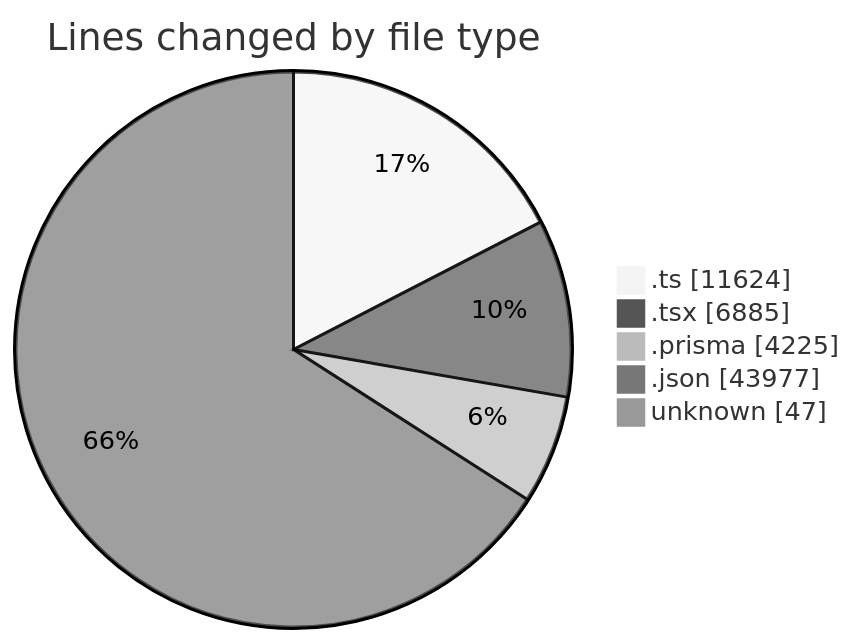
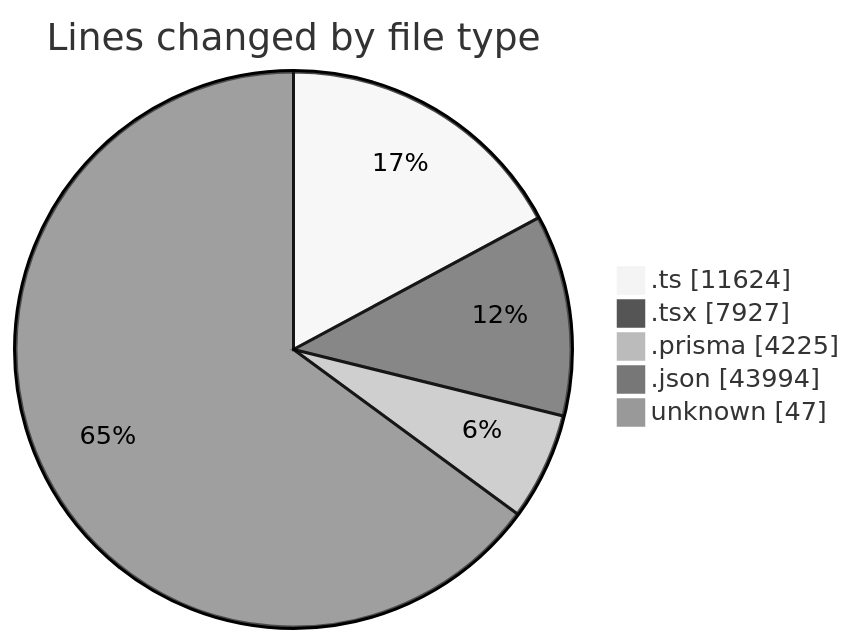
One commit to CELIANVF/code-tracking changed the first of 2 diagrams in 2025-05-19/ecodeli-1/README.md. Above: the diagram before and after it, drawn with Mermaid (neutral theme). The commit also changed other lines of this file and 1 other file, not shown here.

````diff
--- a/2025-05-19/ecodeli-1/README.md
+++ b/2025-05-19/ecodeli-1/README.md
@@ -78,9 +78,9 @@
 ```mermaid
 pie showData
 title Lines changed by file type
 ".ts" : 11624
-".tsx" : 6885
+".tsx" : 7927
 ".prisma" : 4225
-".json" : 43977
+".json" : 43994
 "unknown" : 47
 ```
````
